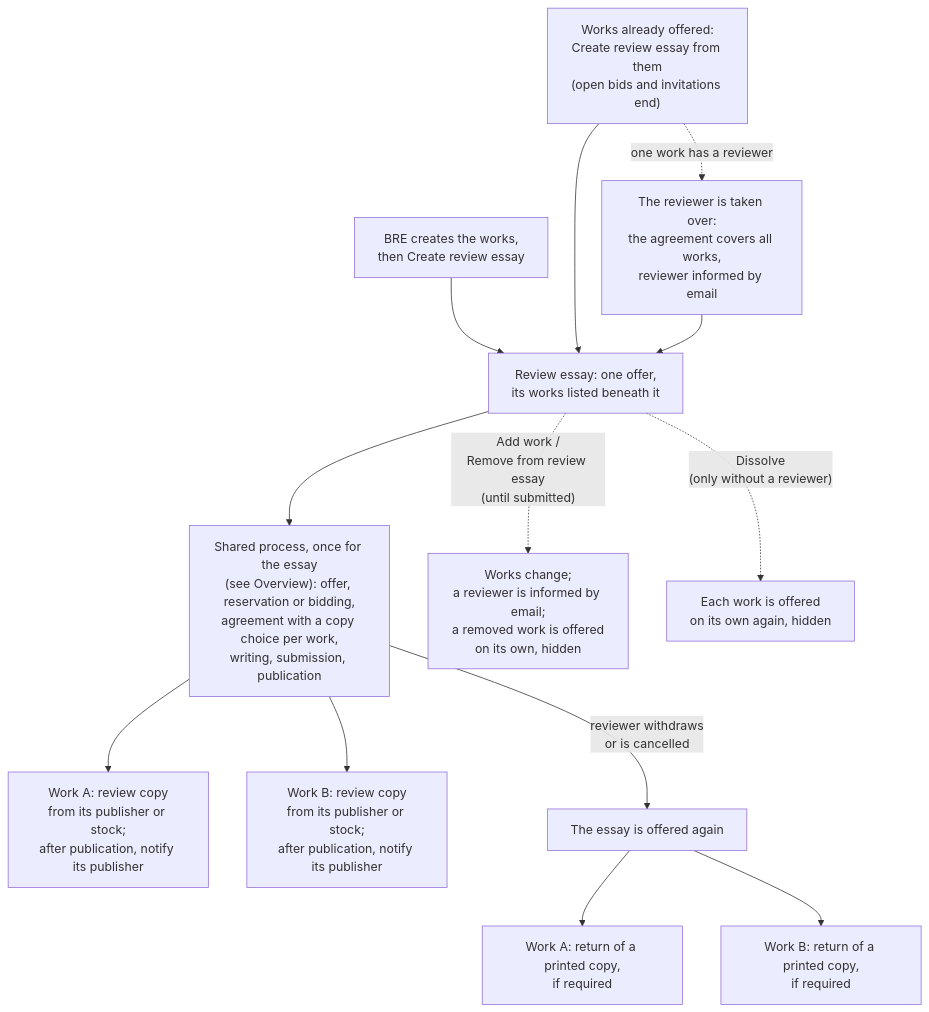
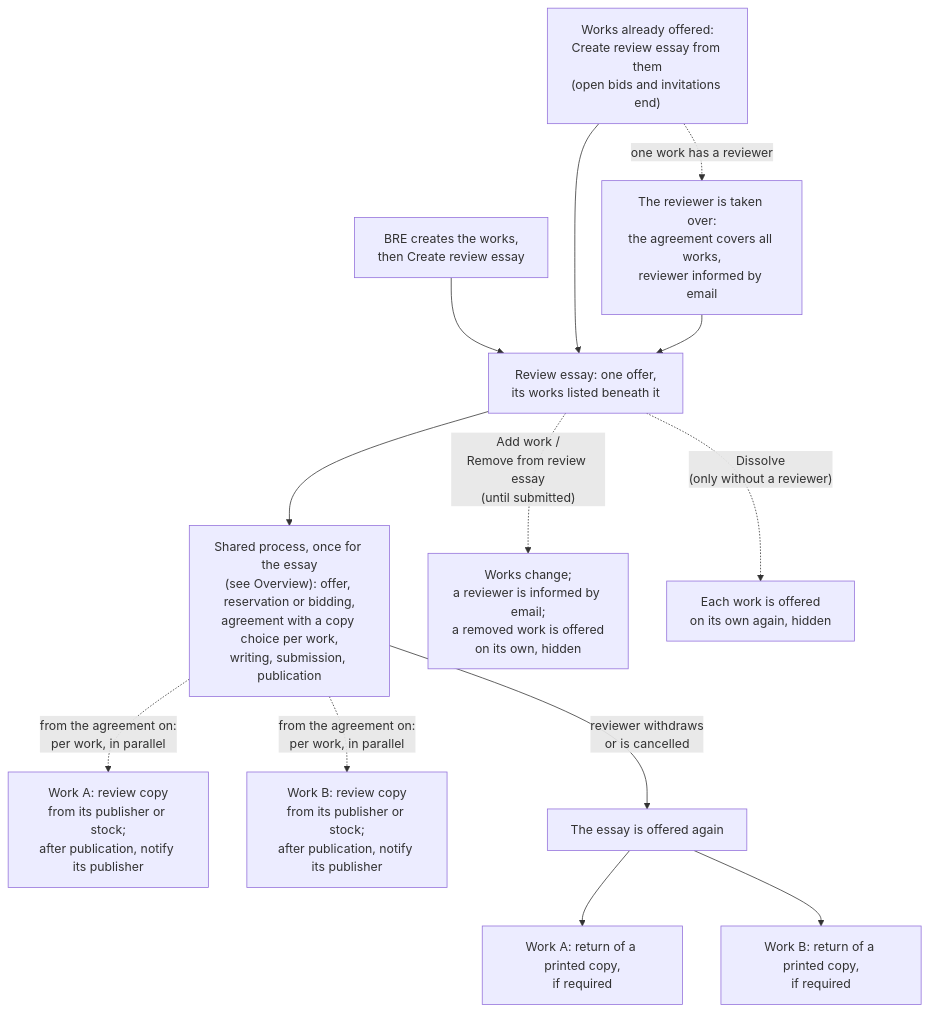
Before and after one commit to cboulanger/objectsForReview: the sixth of 6 diagrams in docs/workflow.md, drawn with Mermaid. The commit also changed 14 other files, not shown here.

````diff
--- a/docs/workflow.md
+++ b/docs/workflow.md
@@ -181,15 +181,15 @@
 ```mermaid
 flowchart TD
     N["BRE creates the works,<br/>then Create review essay"] --> E
     C["Works already offered:<br/>Create review essay from them<br/>(open bids and invitations end)"] --> E
     C -. "one work has a reviewer" .-> T["The reviewer is taken over:<br/>the agreement covers all works,<br/>reviewer informed by email"]
     T --> E
     E["Review essay: one offer,<br/>its works listed beneath it"] --> S["Shared process, once for the essay<br/>(see Overview): offer, reservation or bidding,<br/>agreement with a copy choice per work,<br/>writing, submission, publication"]
-    S --> CA["Work A: review copy<br/>from its publisher or stock;<br/>after publication, notify its publisher"]
-    S --> CB["Work B: review copy<br/>from its publisher or stock;<br/>after publication, notify its publisher"]
+    S -. "from the agreement on:<br/>per work, in parallel" .-> CA["Work A: review copy<br/>from its publisher or stock;<br/>after publication, notify its publisher"]
+    S -. "from the agreement on:<br/>per work, in parallel" .-> CB["Work B: review copy<br/>from its publisher or stock;<br/>after publication, notify its publisher"]
     E -. "Add work /<br/>Remove from review essay<br/>(until submitted)" .-> CH["Works change;<br/>a reviewer is informed by email;<br/>a removed work is offered<br/>on its own, hidden"]
     E -. "Dissolve<br/>(only without a reviewer)" .-> D["Each work is offered<br/>on its own again, hidden"]
     S -- "reviewer withdraws<br/>or is cancelled" --> X["The essay is offered again"]
     X --> RA["Work A: return of a printed copy,<br/>if required"]
     X --> RB["Work B: return of a printed copy,<br/>if required"]
 ```
````
